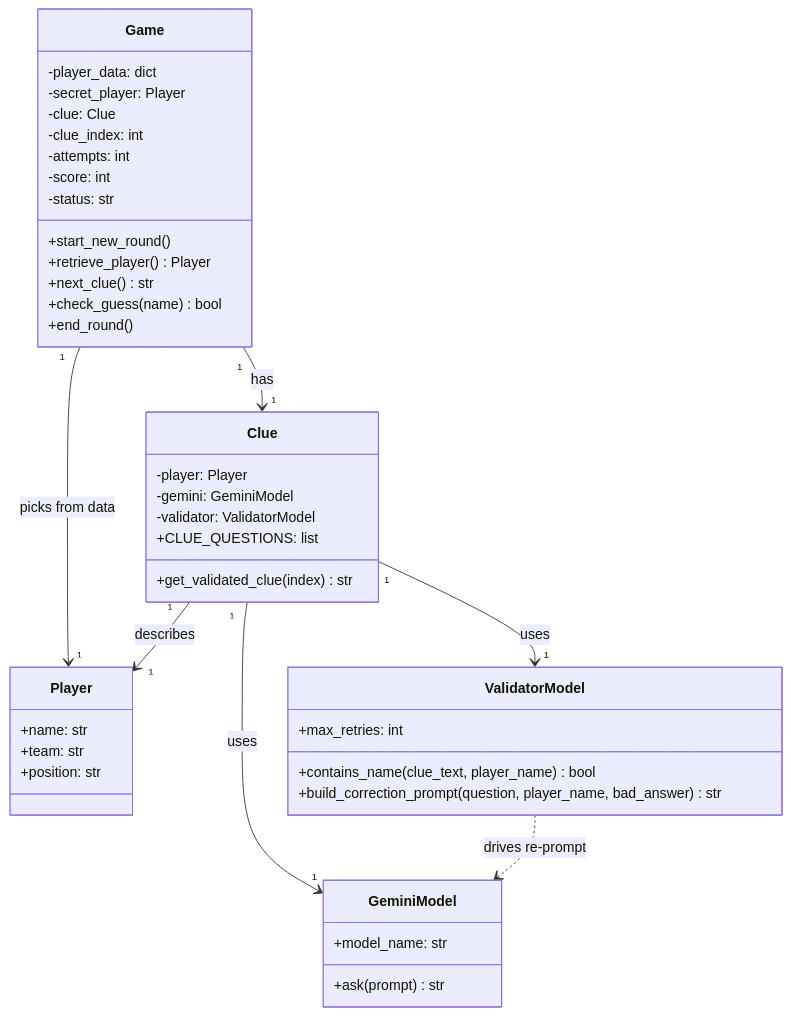
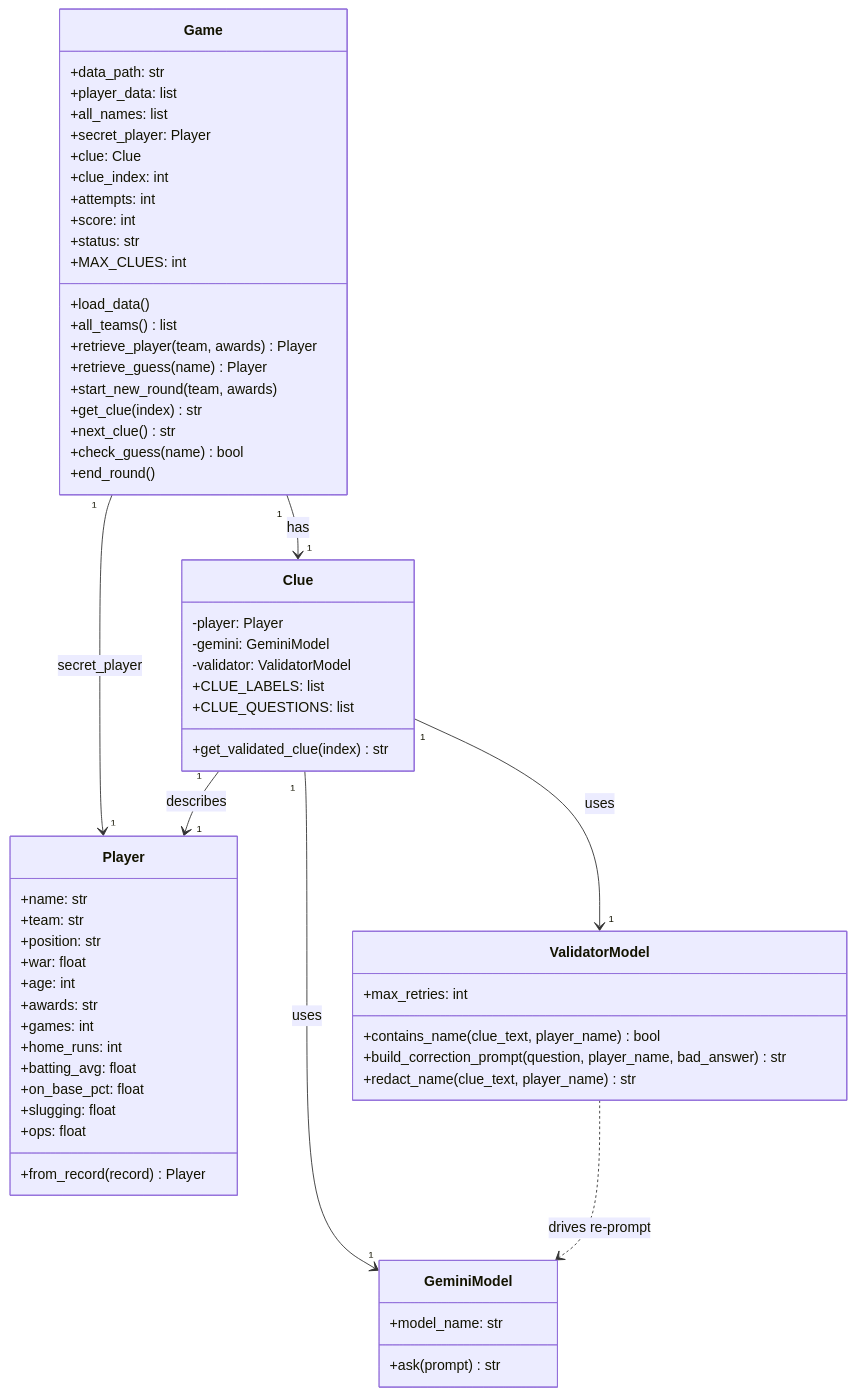
One commit to yang1571339186-creator/DJ-You-Recommender changed the first of 4 diagrams in Design.md. Above: the diagram before and after it, drawn with Mermaid. The commit also changed other lines of this file and 1 other file, not shown here.

````diff
--- a/Design.md
+++ b/Design.md
@@ -21,49 +38,68 @@
 ```mermaid
 classDiagram
     class Game {
-        -player_data: dict
-        -secret_player: Player
-        -clue: Clue
-        -clue_index: int
-        -attempts: int
-        -score: int
-        -status: str
-        +start_new_round()
-        +retrieve_player() Player
+        +data_path: str
+        +player_data: list
+        +all_names: list
+        +secret_player: Player
+        +clue: Clue
+        +clue_index: int
+        +attempts: int
+        +score: int
+        +status: str
+        +MAX_CLUES: int
+        +load_data()
+        +all_teams() list
+        +retrieve_player(team, awards) Player
+        +retrieve_guess(name) Player
+        +start_new_round(team, awards)
+        +get_clue(index) str
         +next_clue() str
         +check_guess(name) bool
         +end_round()
     }
 
     class Player {
         +name: str
         +team: str
         +position: str
+        +war: float
+        +age: int
+        +awards: str
+        +games: int
+        +home_runs: int
+        +batting_avg: float
+        +on_base_pct: float
+        +slugging: float
+        +ops: float
+        +from_record(record) Player
     }
 
     class Clue {
         -player: Player
         -gemini: GeminiModel
         -validator: ValidatorModel
+        +CLUE_LABELS: list
         +CLUE_QUESTIONS: list
         +get_validated_clue(index) str
     }
 
     class GeminiModel {
         +model_name: str
         +ask(prompt) str
     }
 
     class ValidatorModel {
         +max_retries: int
         +contains_name(clue_text, player_name) bool
         +build_correction_prompt(question, player_name, bad_answer) str
+        +redact_name(clue_text, player_name) str
     }
 
-    Game "1" --> "1" Player : picks from data
+    Game "1" --> "1" Player : secret_player
     Game "1" --> "1" Clue : has
     Clue "1" --> "1" Player : describes
     Clue "1" --> "1" GeminiModel : uses
     Clue "1" --> "1" ValidatorModel : uses
     ValidatorModel ..> GeminiModel : drives re-prompt
 ```
````
